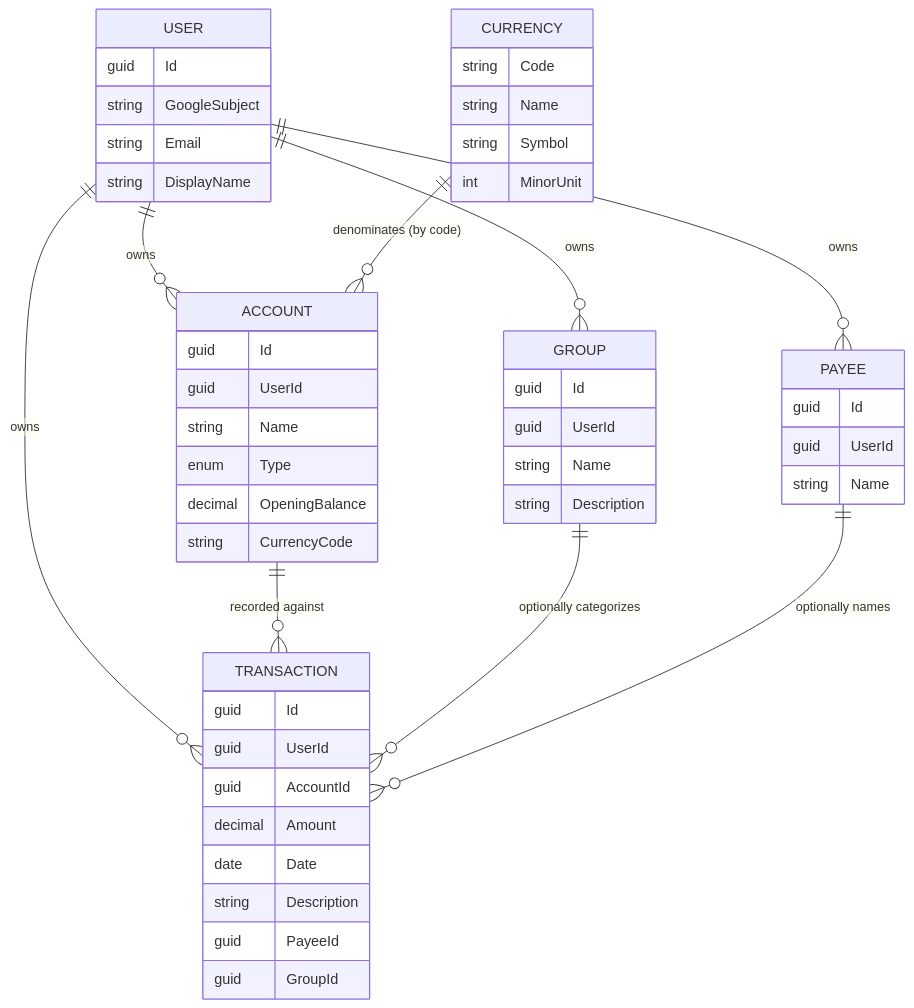
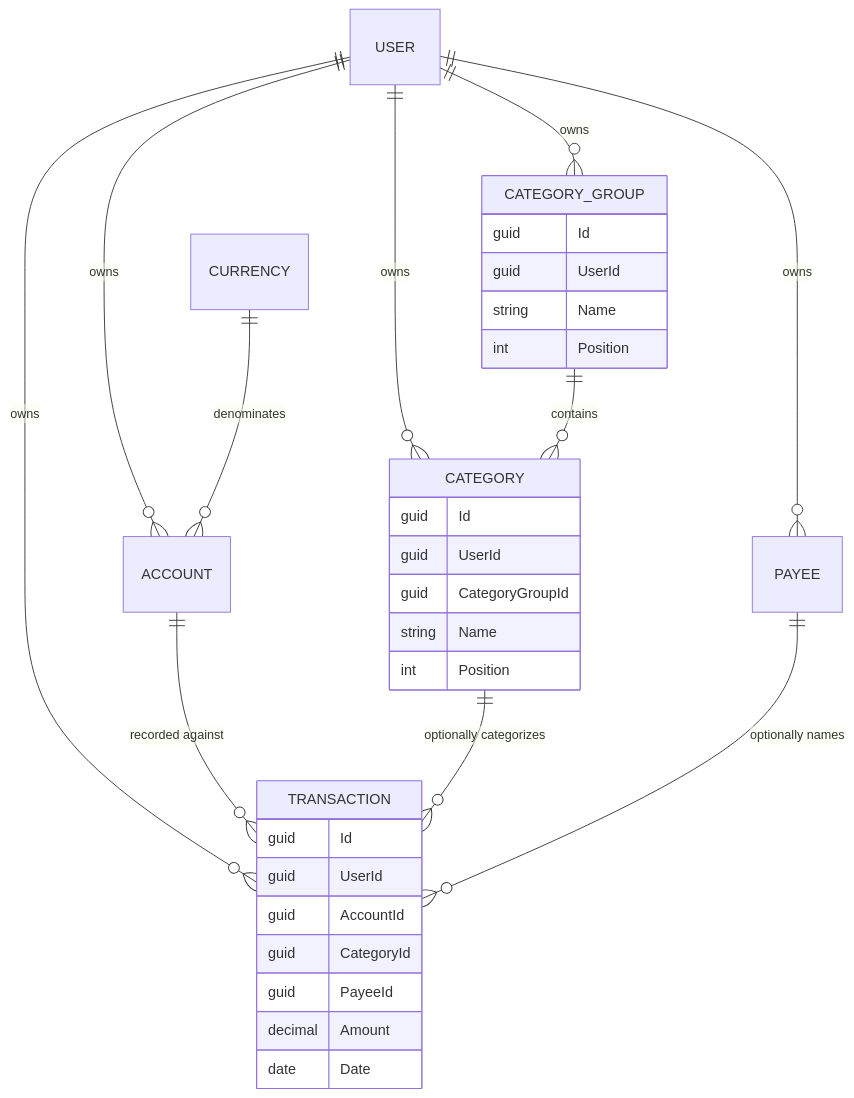
Before and after one commit to anton-kochev/budgetoid: the diagram in docs/business-logic/_overview.md, drawn with Mermaid. The commit also changed other lines of this file and 139 other files, not shown here.

````diff
--- a/docs/business-logic/_overview.md
+++ b/docs/business-logic/_overview.md
@@ -48,53 +43,36 @@
 ```mermaid
 erDiagram
     USER ||--o{ ACCOUNT : owns
-    USER ||--o{ GROUP : owns
+    USER ||--o{ CATEGORY_GROUP : owns
+    USER ||--o{ CATEGORY : owns
     USER ||--o{ PAYEE : owns
     USER ||--o{ TRANSACTION : owns
     ACCOUNT ||--o{ TRANSACTION : "recorded against"
-    GROUP ||--o{ TRANSACTION : "optionally categorizes"
+    CATEGORY_GROUP ||--o{ CATEGORY : contains
+    CATEGORY ||--o{ TRANSACTION : "optionally categorizes"
     PAYEE ||--o{ TRANSACTION : "optionally names"
-    CURRENCY ||--o{ ACCOUNT : "denominates (by code)"
+    CURRENCY ||--o{ ACCOUNT : denominates
 
-    USER {
-        guid Id
-        string GoogleSubject
-        string Email
-        string DisplayName
-    }
-    ACCOUNT {
-        guid Id
-        guid UserId
-        string Name
-        enum Type
-        decimal OpeningBalance
-        string CurrencyCode
-    }
     TRANSACTION {
         guid Id
         guid UserId
         guid AccountId
+        guid CategoryId
+        guid PayeeId
         decimal Amount
         date Date
-        string Description
-        guid PayeeId
-        guid GroupId
     }
-    GROUP {
+    CATEGORY_GROUP {
         guid Id
         guid UserId
         string Name
-        string Description
+        int Position
     }
-    PAYEE {
+    CATEGORY {
         guid Id
         guid UserId
+        guid CategoryGroupId
         string Name
-    }
-    CURRENCY {
-        string Code
-        string Name
-        string Symbol
-        int MinorUnit
+        int Position
     }
 ```
````
